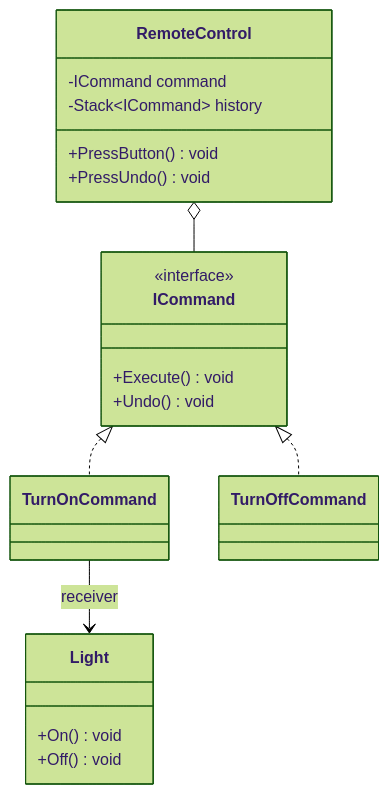
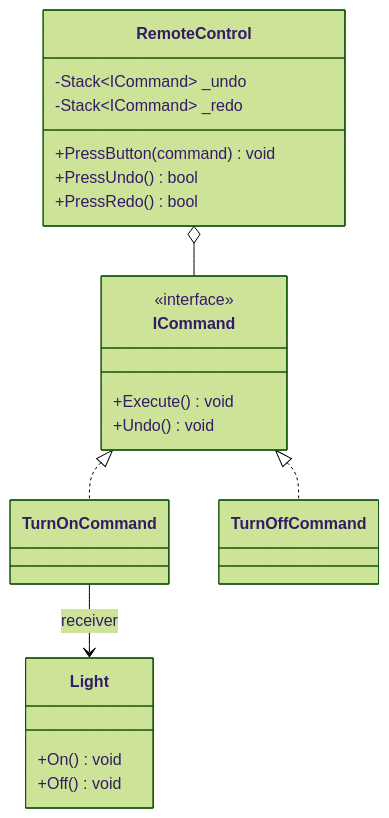
One commit to tushardongre1990/LLD-Claude changed the diagram in 00-Foundations/04-Design-Patterns/Behavioral/Command/notes.md. Above: the diagram before and after it, drawn with Mermaid (forest theme). The commit also changed other lines of this file and 52 other files, not shown here.

First line of the commit message:
docs(03-SOLID, 04-Patterns): make notes self-contained; fix diagram/code drift

````diff
--- a/00-Foundations/04-Design-Patterns/Behavioral/Command/notes.md
+++ b/00-Foundations/04-Design-Patterns/Behavioral/Command/notes.md
@@ -10,26 +10,27 @@
 ```mermaid
 classDiagram
     class ICommand {
         <<interface>>
         +Execute() void
         +Undo() void
     }
     class TurnOnCommand
     class TurnOffCommand
     ICommand <|.. TurnOnCommand
     ICommand <|.. TurnOffCommand
 
     class Light {
         +On() void
         +Off() void
     }
     TurnOnCommand --> Light : receiver
 
     class RemoteControl {
-        -ICommand command
-        -Stack~ICommand~ history
-        +PressButton() void
-        +PressUndo() void
+        -Stack~ICommand~ _undo
+        -Stack~ICommand~ _redo
+        +PressButton(command) void
+        +PressUndo() bool
+        +PressRedo() bool
     }
     RemoteControl o-- ICommand
 ```
````
